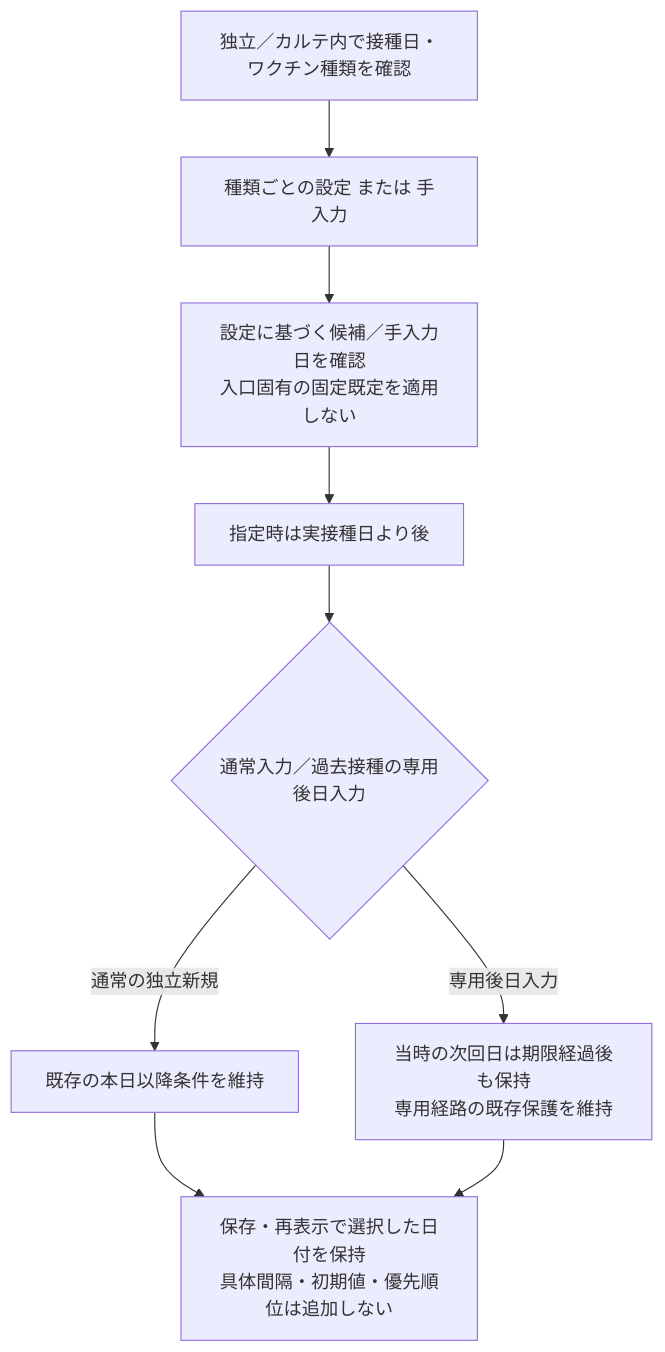
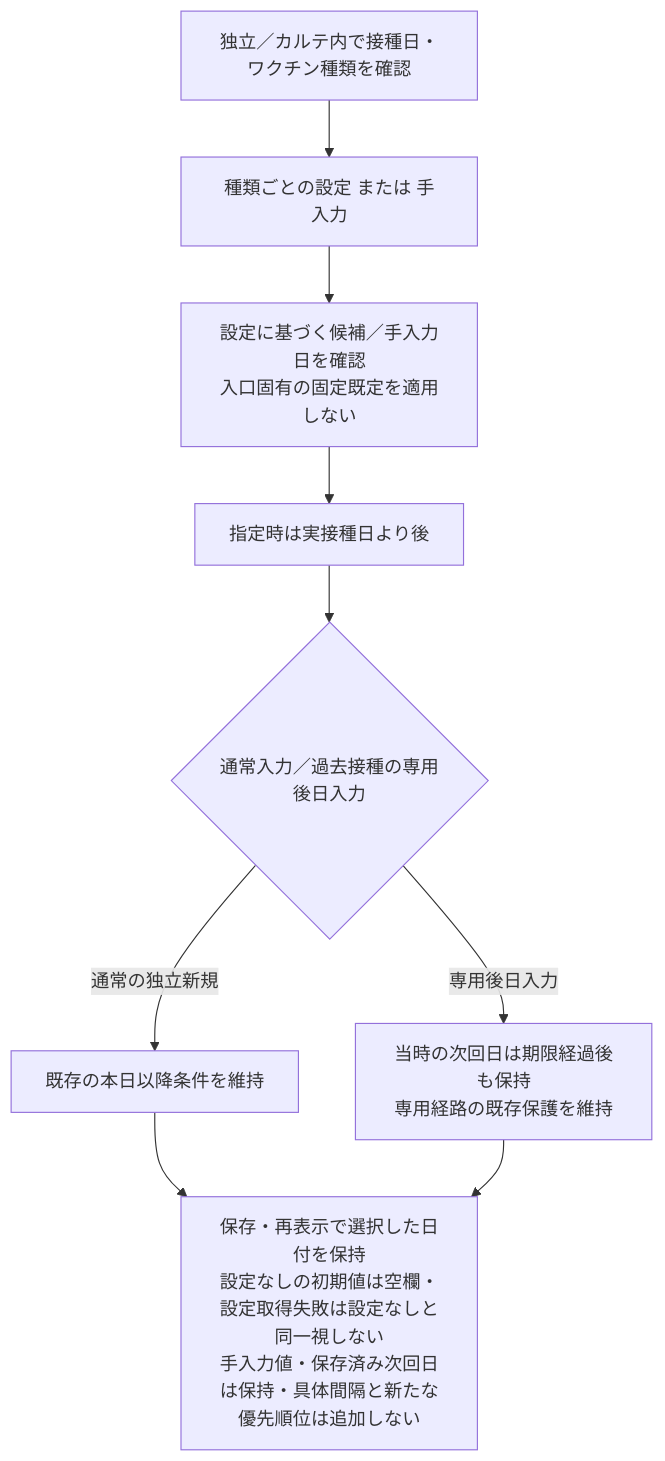
The diagram in docs/spec/screens/15-vaccinations-form.md (MinoruSoga/AnimalEkarte), drawn with Mermaid before and after one commit. The commit also changed other lines of this file and 13 other files, not shown here.

````diff
--- a/docs/spec/screens/15-vaccinations-form.md
+++ b/docs/spec/screens/15-vaccinations-form.md
@@ -49,11 +49,11 @@
 ```mermaid
 flowchart TB
     A["独立／カルテ内で接種日・ワクチン種類を確認"] --> B["種類ごとの設定 または 手入力"]
     B --> C["設定に基づく候補／手入力日を確認<br/>入口固有の固定既定を適用しない"]
     C --> V["指定時は実接種日より後"]
     V --> Q{"通常入力／過去接種の専用後日入力"}
     Q -->|通常の独立新規| N["既存の本日以降条件を維持"]
     Q -->|専用後日入力| H["当時の次回日は期限経過後も保持<br/>専用経路の既存保護を維持"]
-    N --> S["保存・再表示で選択した日付を保持<br/>具体間隔・初期値・優先順位は追加しない"]
+    N --> S["保存・再表示で選択した日付を保持<br/>設定なしの初期値は空欄・設定取得失敗は設定なしと同一視しない<br/>手入力値・保存済み次回日は保持・具体間隔と新たな優先順位は追加しない"]
     H --> S
 ```
````
